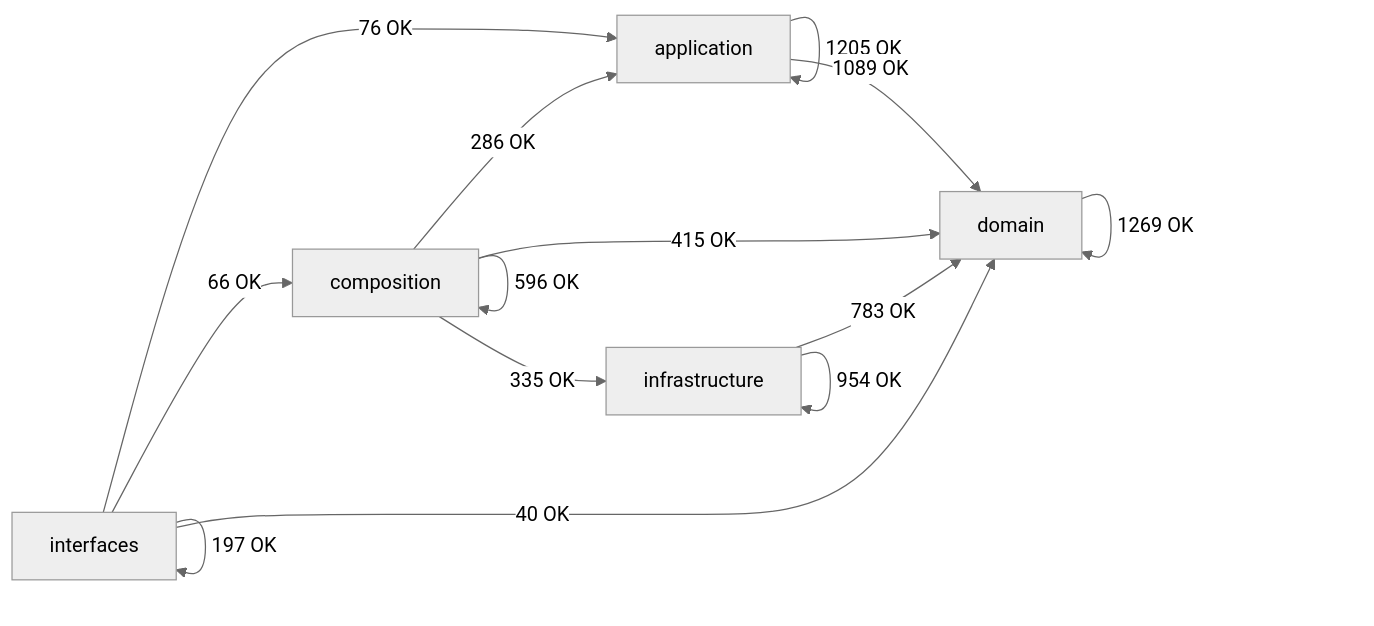
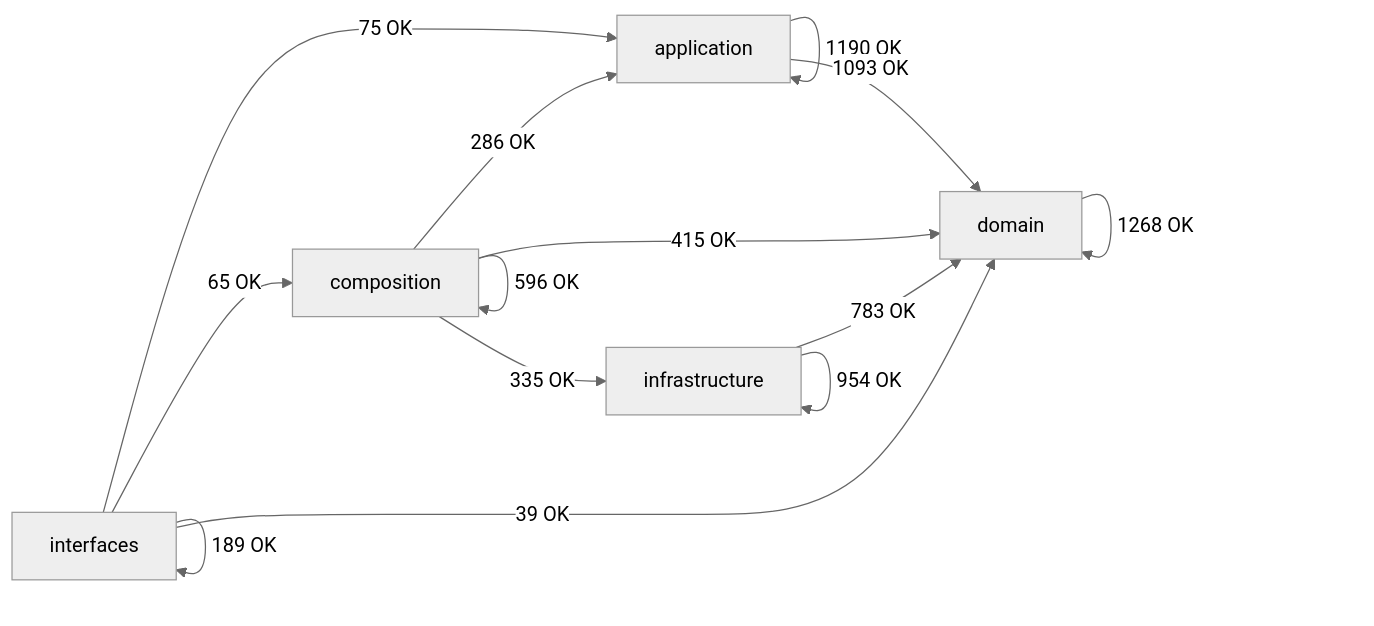
Before and after one commit to SatoryKono/BioactivityDataAcquisition: the diagram in docs/02-architecture/generated/module-dependency-map.md, drawn with Mermaid (neutral theme). The commit also changed other lines of this file and 25 other files, not shown here.

````diff
--- a/docs/02-architecture/generated/module-dependency-map.md
+++ b/docs/02-architecture/generated/module-dependency-map.md
@@ -17,21 +17,21 @@
 ```mermaid
 flowchart LR
     domain[domain]
     application[application]
     infrastructure[infrastructure]
     composition[composition]
     interfaces[interfaces]
-    application -->|1205 OK| application
-    application -->|1089 OK| domain
+    application -->|1190 OK| application
+    application -->|1093 OK| domain
     composition -->|286 OK| application
     composition -->|596 OK| composition
     composition -->|415 OK| domain
     composition -->|335 OK| infrastructure
-    domain -->|1269 OK| domain
+    domain -->|1268 OK| domain
     infrastructure -->|783 OK| domain
     infrastructure -->|954 OK| infrastructure
-    interfaces -->|76 OK| application
-    interfaces -->|66 OK| composition
-    interfaces -->|40 OK| domain
-    interfaces -->|197 OK| interfaces
+    interfaces -->|75 OK| application
+    interfaces -->|65 OK| composition
+    interfaces -->|39 OK| domain
+    interfaces -->|189 OK| interfaces
 ```
````
